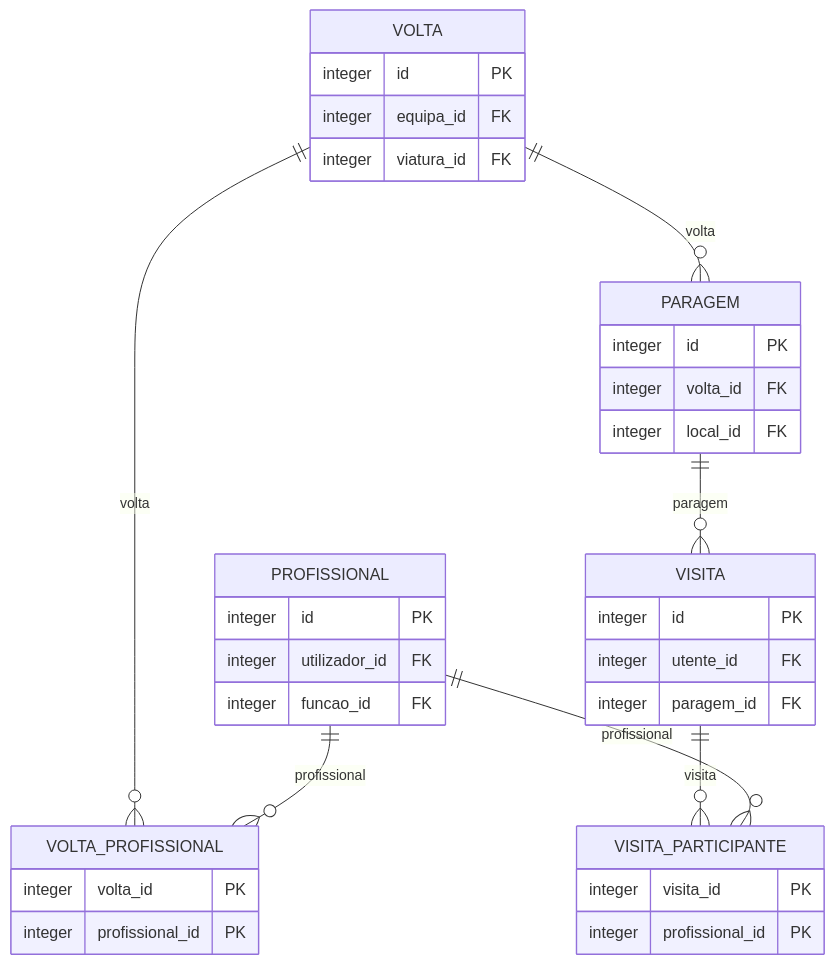
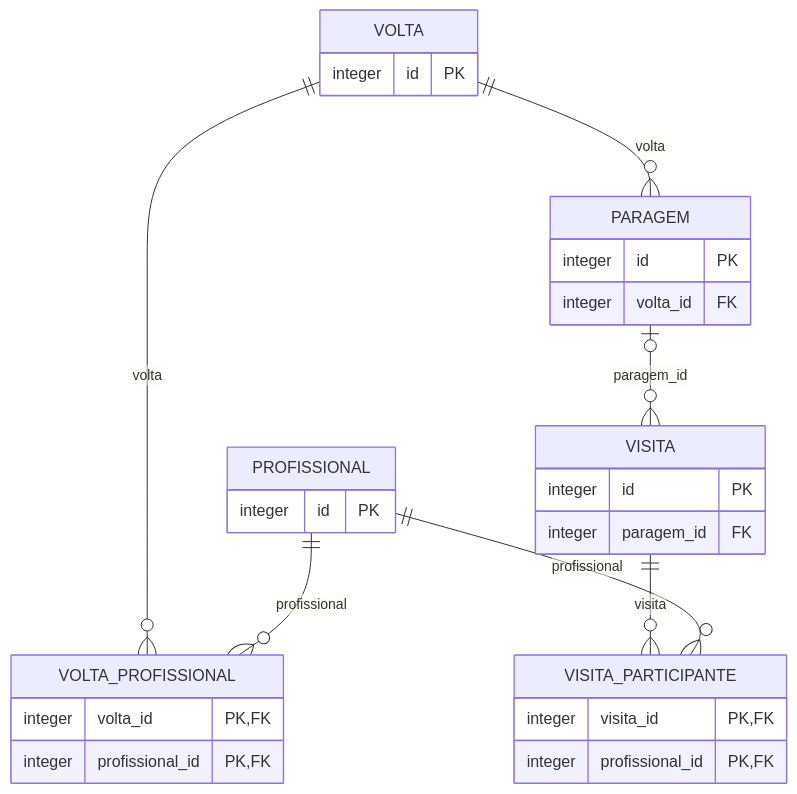
The tenth of 11 diagrams in docs/modelo-dados.md (SalomaoCunha/ulsba-projeto-final), drawn with Mermaid before and after one commit. The commit also changed other lines of this file and 1 other file, not shown here.

````diff
--- a/docs/modelo-dados.md
+++ b/docs/modelo-dados.md
@@ -979,37 +989,31 @@
 ```mermaid
 erDiagram
     VOLTA {
         integer id PK
-        integer equipa_id FK
-        integer viatura_id FK
     }
     VOLTA_PROFISSIONAL {
-        integer volta_id PK
-        integer profissional_id PK
+        integer volta_id PK,FK
+        integer profissional_id PK,FK
     }
     PROFISSIONAL {
         integer id PK
-        integer utilizador_id FK
-        integer funcao_id FK
     }
     PARAGEM {
         integer id PK
         integer volta_id FK
-        integer local_id FK
     }
     VISITA {
         integer id PK
-        integer utente_id FK
         integer paragem_id FK
     }
     VISITA_PARTICIPANTE {
-        integer visita_id PK
-        integer profissional_id PK
+        integer visita_id PK,FK
+        integer profissional_id PK,FK
     }
     VOLTA ||--o{ VOLTA_PROFISSIONAL : "volta"
     PROFISSIONAL ||--o{ VOLTA_PROFISSIONAL : "profissional"
     VOLTA ||--o{ PARAGEM : "volta"
-    PARAGEM ||--o{ VISITA : "paragem"
+    PARAGEM o|--o{ VISITA : "paragem_id"
     VISITA ||--o{ VISITA_PARTICIPANTE : "visita"
     PROFISSIONAL ||--o{ VISITA_PARTICIPANTE : "profissional"
 ```
````
